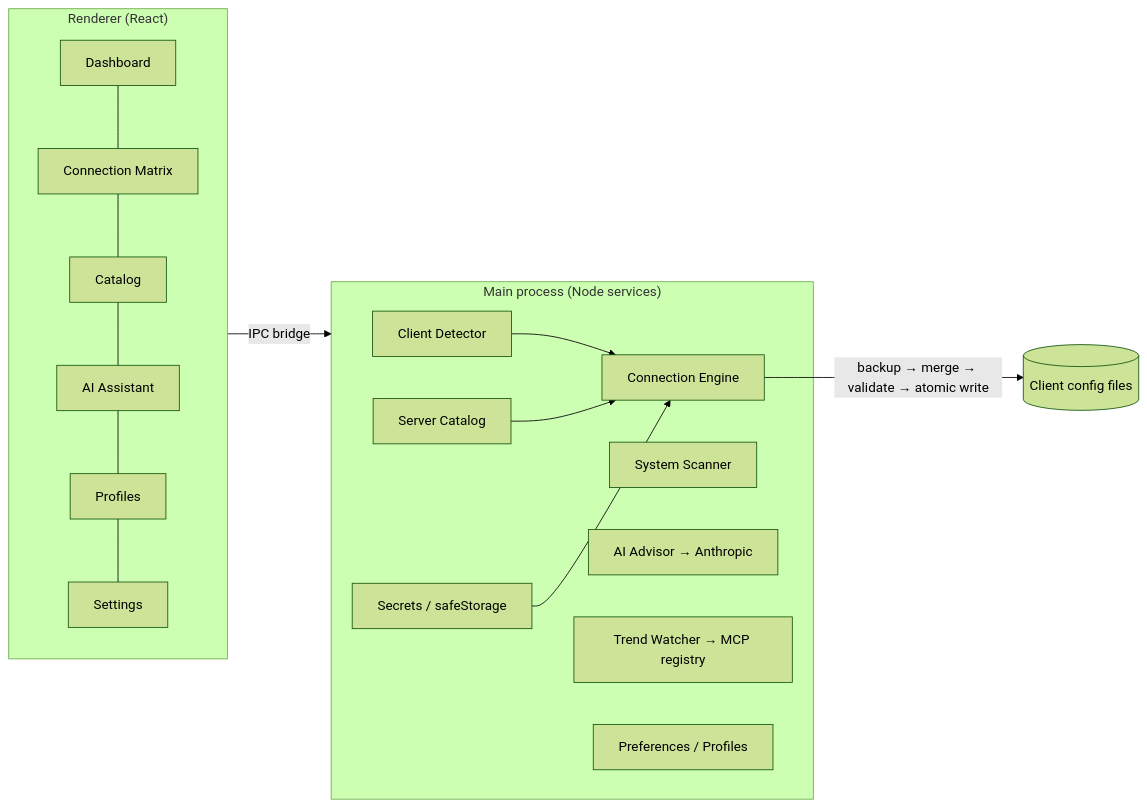
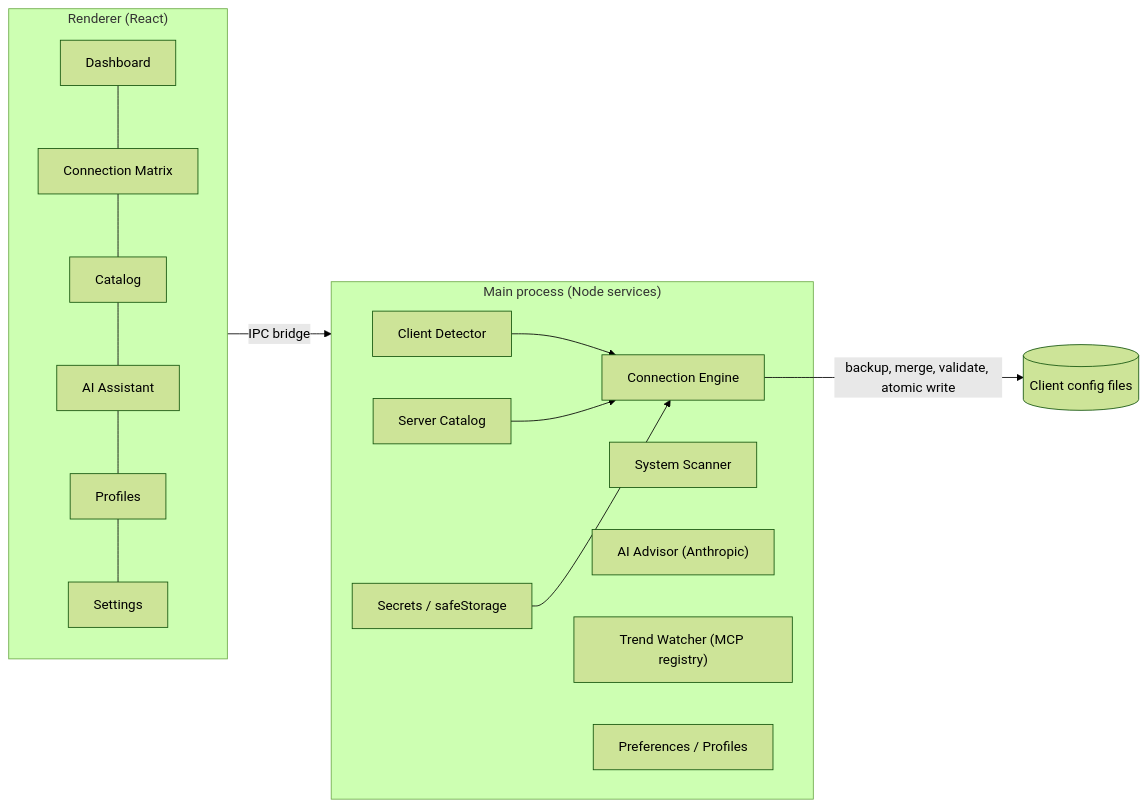
Before and after one commit to sasha-thecornerspore-dev/mcp-command-center: the diagram in README.md, drawn with Mermaid (forest theme).

Commit message:
docs: fix Architecture mermaid diagram render on GitHub
The edge to the Main subgraph was declared before the subgraph itself
(forward reference mermaid can't parse), and labels had unquoted parens and
unicode arrows. Reorder the cross-subgraph edge after both subgraphs and quote
labels so GitHub renders it.

````diff
--- a/README.md
+++ b/README.md
@@ -106,21 +106,21 @@
 ```mermaid
 flowchart LR
     subgraph Renderer["Renderer (React)"]
         D[Dashboard] --- M[Connection Matrix]
         M --- C[Catalog]
         C --- A[AI Assistant]
         A --- P[Profiles]
         P --- S[Settings]
     end
-    Renderer -- IPC bridge --> Main
     subgraph Main["Main process (Node services)"]
         CD[Client Detector] --> CE[Connection Engine]
         CAT[Server Catalog] --> CE
-        SEC[Secrets / safeStorage] --> CE
+        SEC["Secrets / safeStorage"] --> CE
         SCAN[System Scanner]
-        ADV[AI Advisor → Anthropic]
-        TW[Trend Watcher → MCP registry]
-        ST[Preferences / Profiles]
+        ADV["AI Advisor (Anthropic)"]
+        TW["Trend Watcher (MCP registry)"]
+        ST["Preferences / Profiles"]
     end
-    CE -- backup → merge → validate → atomic write --> Files[(Client config files)]
+    Renderer -- "IPC bridge" --> Main
+    CE -- "backup, merge, validate, atomic write" --> Files[("Client config files")]
 ```
````
